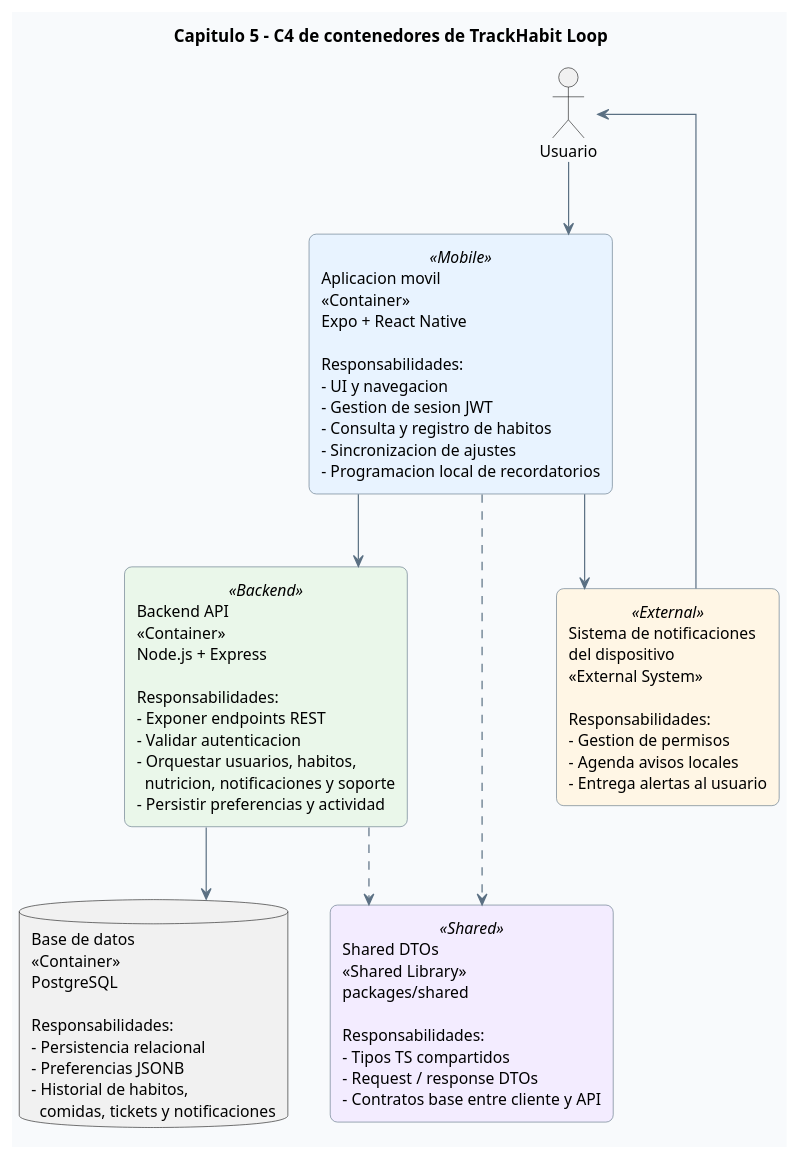
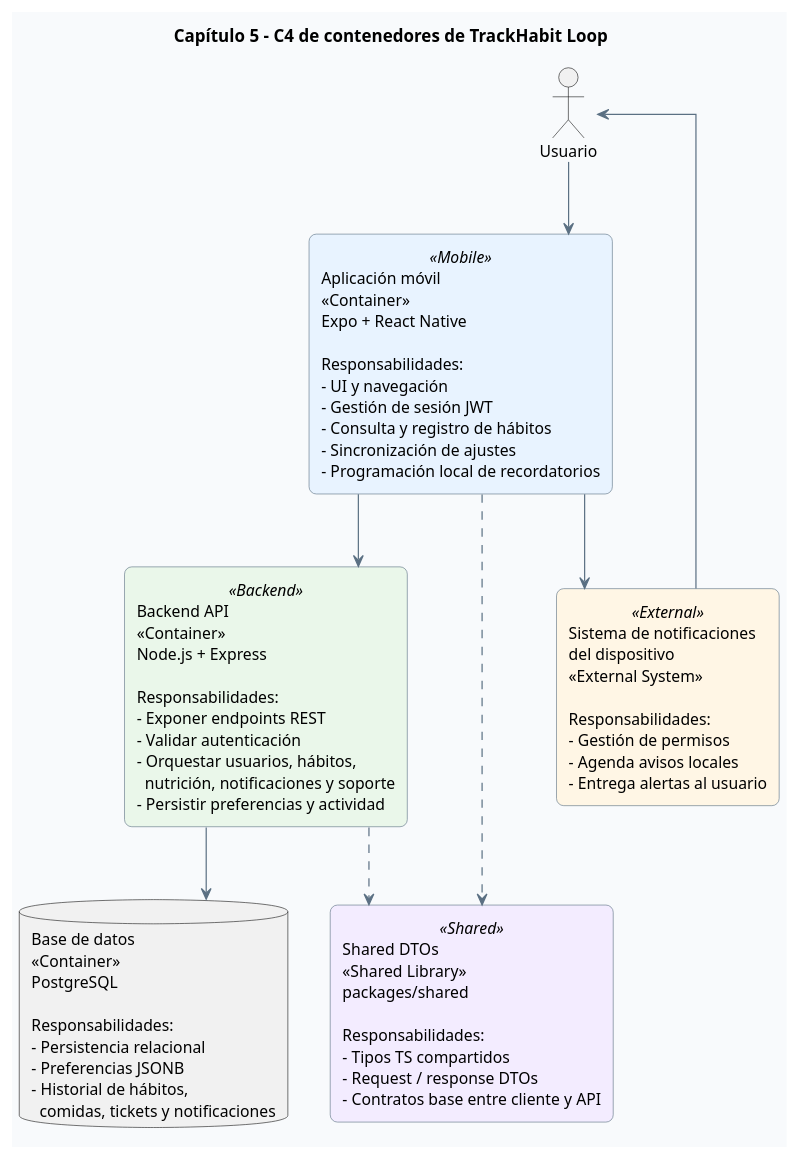
The diagram in docs/diagrams/cap4/08_design_c4_containers_trackhabit_loop.puml (TPerez13/TFG), drawn with PlantUML before and after one commit. The commit also changed 95 other files, not shown here.

```diff
--- a/docs/diagrams/cap4/08_design_c4_containers_trackhabit_loop.puml
+++ b/docs/diagrams/cap4/08_design_c4_containers_trackhabit_loop.puml
@@ -1,66 +1,66 @@
 @startuml
 allowmixing
 
 skinparam backgroundColor #F8FAFC
 skinparam shadowing false
 skinparam roundcorner 12
 skinparam defaultFontName Segoe UI
 skinparam defaultFontSize 13
 skinparam ArrowColor #5B7083
 skinparam ArrowThickness 1
 skinparam packageStyle rectangle
 skinparam linetype ortho
 
 skinparam rectangle<<Mobile>> {
   BackgroundColor #E8F3FF
   BorderColor #5B7083
 }
 
 skinparam rectangle<<Backend>> {
   BackgroundColor #EAF7EA
   BorderColor #5B7083
 }
 
 skinparam rectangle<<External>> {
   BackgroundColor #FFF6E5
   BorderColor #5B7083
 }
 
 skinparam rectangle<<Shared>> {
   BackgroundColor #F3ECFF
   BorderColor #5B7083
 }
 
-title Capitulo 5 - C4 de contenedores de TrackHabit Loop
+title Capítulo 5 - C4 de contenedores de TrackHabit Loop
 
 top to bottom direction
 
 actor "Usuario" as user
 
-rectangle "Aplicacion movil\n<<Container>>\nExpo + React Native\n\nResponsabilidades:\n- UI y navegacion\n- Gestion de sesion JWT\n- Consulta y registro de habitos\n- Sincronizacion de ajustes\n- Programacion local de recordatorios" as mobile <<Mobile>>
+rectangle "Aplicación móvil\n<<Container>>\nExpo + React Native\n\nResponsabilidades:\n- UI y navegación\n- Gestión de sesión JWT\n- Consulta y registro de hábitos\n- Sincronización de ajustes\n- Programación local de recordatorios" as mobile <<Mobile>>
 
-rectangle "Backend API\n<<Container>>\nNode.js + Express\n\nResponsabilidades:\n- Exponer endpoints REST\n- Validar autenticacion\n- Orquestar usuarios, habitos,\n  nutricion, notificaciones y soporte\n- Persistir preferencias y actividad" as api <<Backend>>
+rectangle "Backend API\n<<Container>>\nNode.js + Express\n\nResponsabilidades:\n- Exponer endpoints REST\n- Validar autenticación\n- Orquestar usuarios, hábitos,\n  nutrición, notificaciones y soporte\n- Persistir preferencias y actividad" as api <<Backend>>
 
-database "Base de datos\n<<Container>>\nPostgreSQL\n\nResponsabilidades:\n- Persistencia relacional\n- Preferencias JSONB\n- Historial de habitos,\n  comidas, tickets y notificaciones" as db
+database "Base de datos\n<<Container>>\nPostgreSQL\n\nResponsabilidades:\n- Persistencia relacional\n- Preferencias JSONB\n- Historial de hábitos,\n  comidas, tickets y notificaciones" as db
 
-rectangle "Sistema de notificaciones\ndel dispositivo\n<<External System>>\n\nResponsabilidades:\n- Gestion de permisos\n- Agenda avisos locales\n- Entrega alertas al usuario" as deviceSystem <<External>>
+rectangle "Sistema de notificaciones\ndel dispositivo\n<<External System>>\n\nResponsabilidades:\n- Gestión de permisos\n- Agenda avisos locales\n- Entrega alertas al usuario" as deviceSystem <<External>>
 
 rectangle "Shared DTOs\n<<Shared Library>>\npackages/shared\n\nResponsabilidades:\n- Tipos TS compartidos\n- Request / response DTOs\n- Contratos base entre cliente y API" as shared <<Shared>>
 
 user --> mobile 
 mobile --> api 
 api --> db 
 mobile --> deviceSystem 
 deviceSystem --> user
 mobile ..> shared 
 api ..> shared 
 
 /'
 note bottom of mobile
-La configuracion de avisos
+La configuración de avisos
 se guarda en backend y la app agenda
 las notificaciones en el propio dispositivo.
 end note
 '/
 
 @enduml
```
